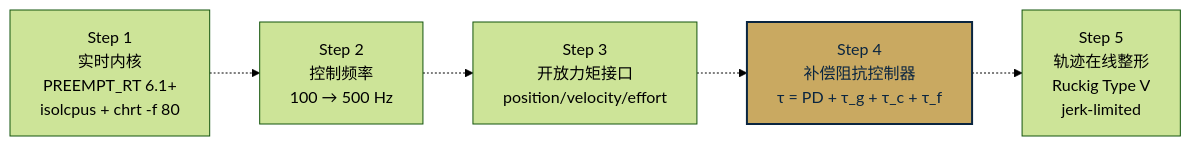
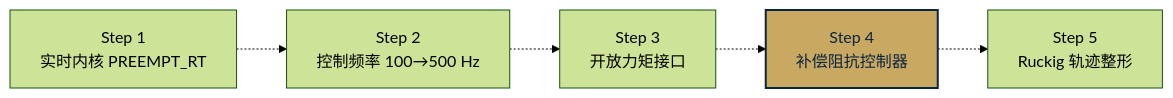
One commit to shuyx/xc-robot2lab changed the third of 7 diagrams in dev/openarm-control-architecture/doc.md. Above: the diagram before and after it, drawn with Mermaid (forest theme). The commit also changed other lines of this file and 105 other files, not shown here.

````diff
--- a/dev/openarm-control-architecture/doc.md
+++ b/dev/openarm-control-architecture/doc.md
@@ -190,12 +190,12 @@
 ```mermaid
 graph LR
-    S1[Step 1<br/>实时内核<br/>PREEMPT_RT 6.1+<br/>isolcpus + chrt -f 80]
-    S2[Step 2<br/>控制频率<br/>100 → 500 Hz]
-    S3[Step 3<br/>开放力矩接口<br/>position/velocity/effort]
-    S4[Step 4<br/>补偿阻抗控制器<br/>τ = PD + τ_g + τ_c + τ_f]
-    S5[Step 5<br/>轨迹在线整形<br/>Ruckig Type V<br/>jerk-limited]
+    S1["Step 1<br/>实时内核 PREEMPT_RT"]
+    S2["Step 2<br/>控制频率 100→500 Hz"]
+    S3["Step 3<br/>开放力矩接口"]
+    S4["Step 4<br/>补偿阻抗控制器"]
+    S5["Step 5<br/>Ruckig 轨迹整形"]
 
     S1 -.-> S2 -.-> S3 -.-> S4 -.-> S5
 
     style S4 fill:#C9A961,color:#0A2540,stroke:#0A2540,stroke-width:2px
 ```
````
